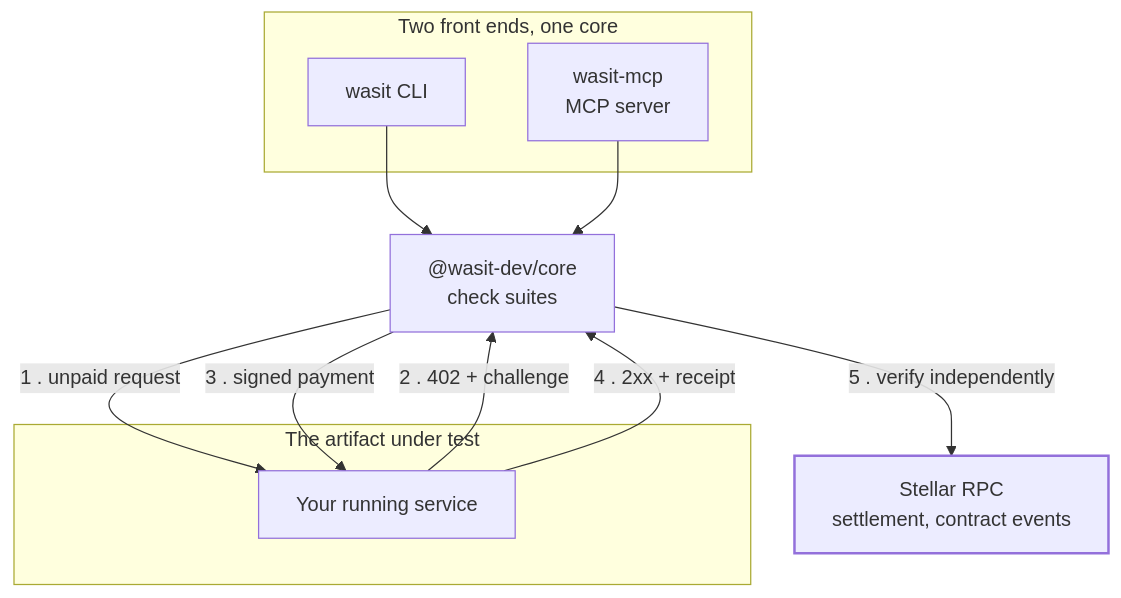
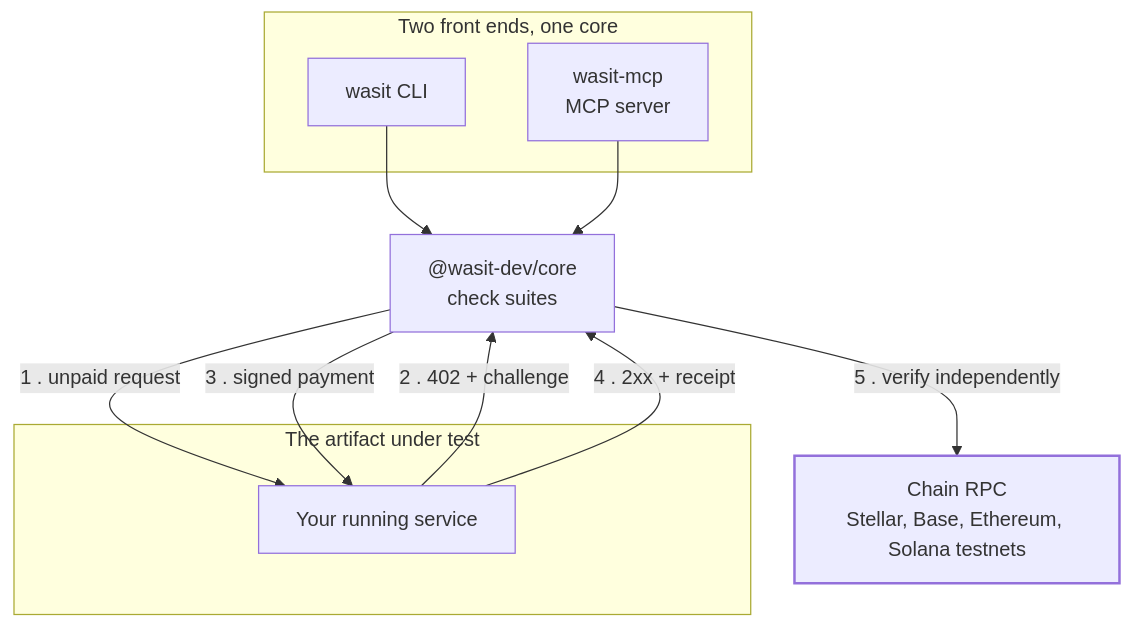
The diagram in README.md (wasit-dev/Wasit), drawn with Mermaid before and after one commit. The commit also changed other lines of this file, not shown here.

````diff
--- a/README.md
+++ b/README.md
@@ -75,25 +60,25 @@
 ```mermaid
 flowchart TB
     subgraph interfaces["Two front ends, one core"]
         CLI["wasit CLI"]
         MCP["wasit-mcp<br/>MCP server"]
     end
 
     CORE["@wasit-dev/core<br/>check suites"]
 
     subgraph target["The artifact under test"]
         SVC["Your running service"]
     end
 
-    CHAIN["Stellar RPC<br/>settlement, contract events"]
+    CHAIN["Chain RPC<br/>Stellar, Base, Ethereum, Solana testnets"]
 
     CLI --> CORE
     MCP --> CORE
     CORE -->|"1 . unpaid request"| SVC
     SVC -->|"2 . 402 + challenge"| CORE
     CORE -->|"3 . signed payment"| SVC
     SVC -->|"4 . 2xx + receipt"| CORE
     CORE -->|"5 . verify independently"| CHAIN
 
     style CHAIN stroke-width:2px
 ```
````
